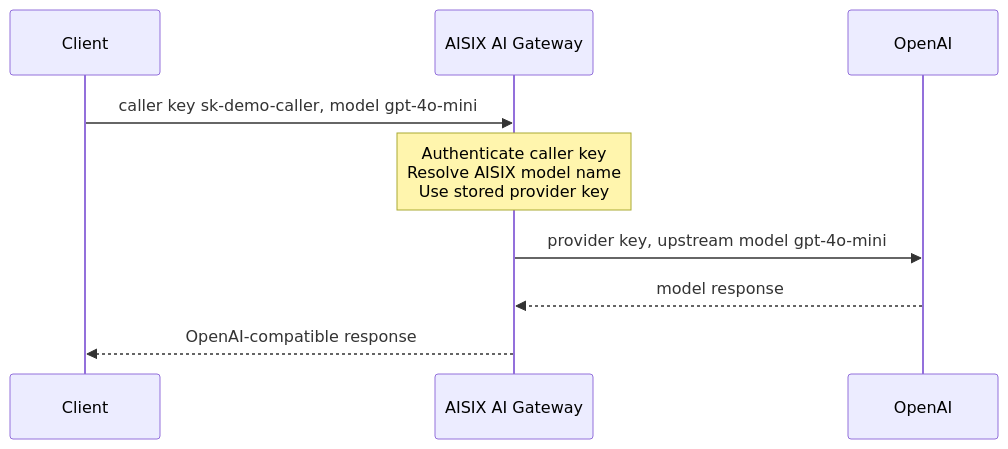
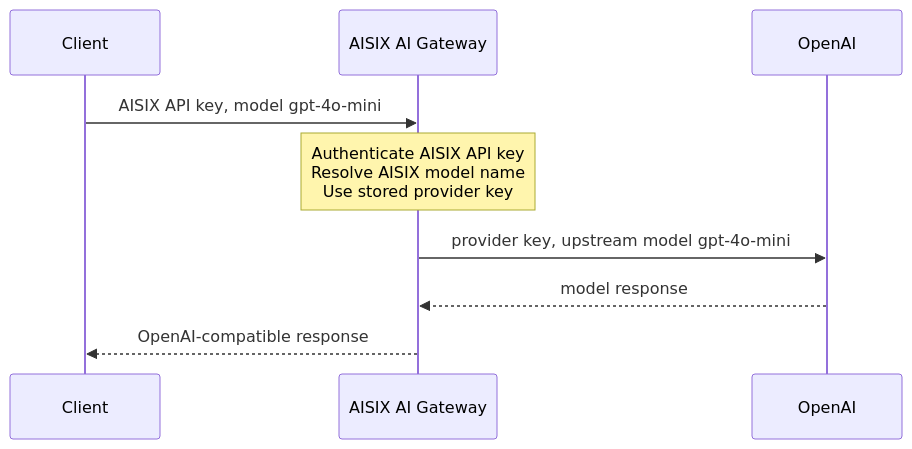
One commit to api7/aisix changed the diagram in docs/quickstart/quickstart.md. Above: the diagram before and after it, drawn with Mermaid. The commit also changed other lines of this file and 5 other files, not shown here.

Commit message:
polish getting started concept flow

````diff
--- a/docs/quickstart/quickstart.md
+++ b/docs/quickstart/quickstart.md
@@ -21,12 +28,12 @@
 ```mermaid
 sequenceDiagram
     participant Client
     participant AISIX as AISIX AI Gateway
     participant OpenAI as OpenAI
 
-    Client->>AISIX: caller key sk-demo-caller, model gpt-4o-mini
-    Note over AISIX: Authenticate caller key<br/>Resolve AISIX model name<br/>Use stored provider key
+    Client->>AISIX: AISIX API key, model gpt-4o-mini
+    Note over AISIX: Authenticate AISIX API key<br/>Resolve AISIX model name<br/>Use stored provider key
     AISIX->>OpenAI: provider key, upstream model gpt-4o-mini
     OpenAI-->>AISIX: model response
     AISIX-->>Client: OpenAI-compatible response
 ```
````
